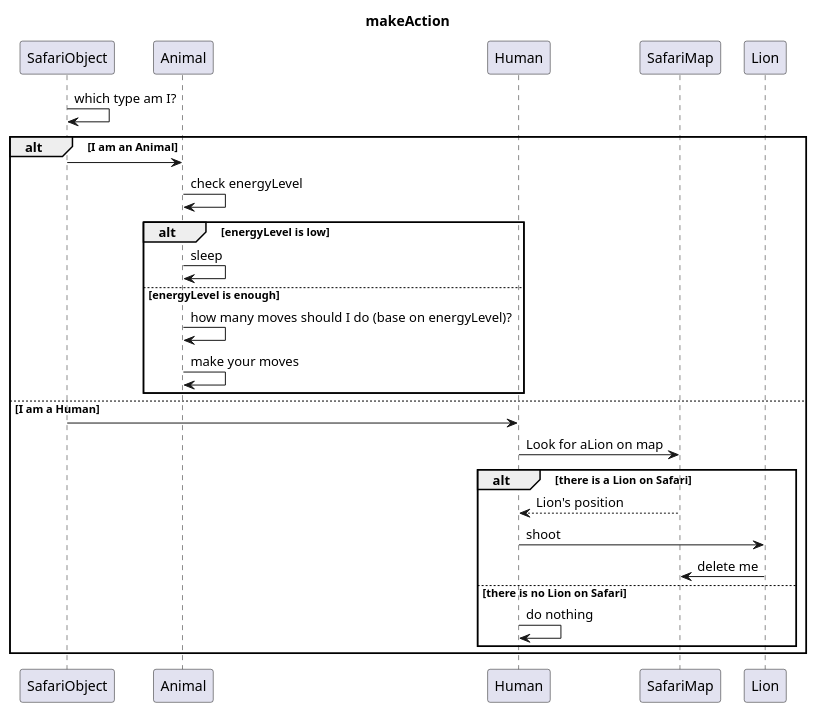
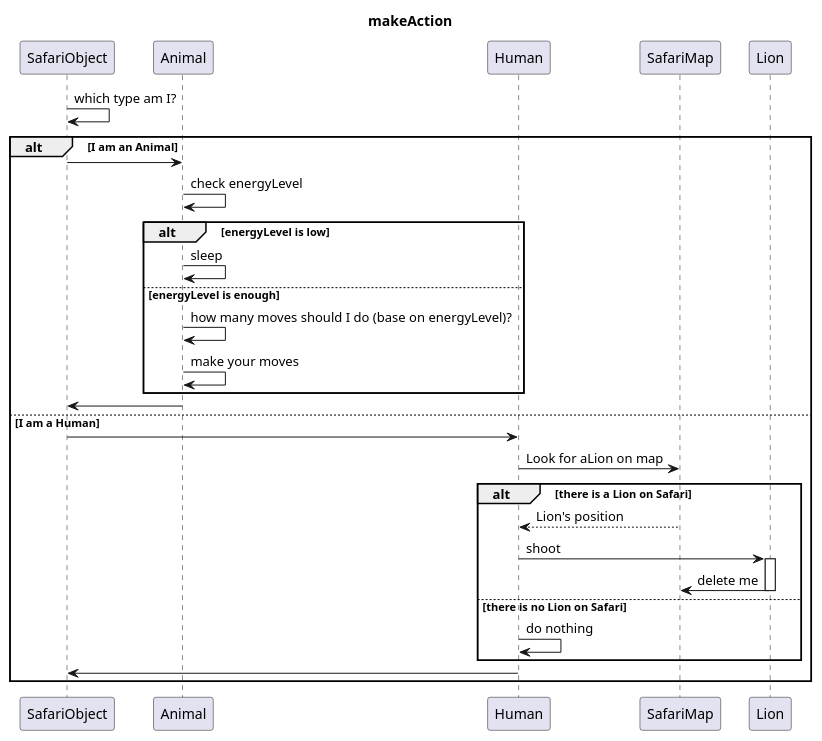
The diagram in src/main/sequenceDiagramMakeAction.puml (Karolina606/Safari), drawn with PlantUML before and after one commit. The commit also changed 2 other files, not shown here.

Commit message:
correct sequence diagrams

```diff
--- a/src/main/sequenceDiagramMakeAction.puml
+++ b/src/main/sequenceDiagramMakeAction.puml
@@ -1,25 +1,28 @@
 @startuml
 title makeAction
 SafariObject -> SafariObject: which type am I?
 alt I am an Animal
     SafariObject -> Animal
     Animal->Animal: check energyLevel
     alt energyLevel is low
         Animal -> Animal: sleep
     else energyLevel is enough
         Animal -> Animal: how many moves should I do (base on energyLevel)?
         Animal -> Animal: make your moves
     end
-
+    Animal -> SafariObject
 else I am a Human
     SafariObject -> Human
     Human -> SafariMap: Look for aLion on map
     alt there is a Lion on Safari
         SafariMap --> Human: Lion's position
         Human -> Lion: shoot
+        activate Lion
         Lion -> SafariMap: delete me
+        deactivate Lion
     else there is no Lion on Safari
         Human -> Human: do nothing
     end
+    Human -> SafariObject
 end
 @enduml
```
